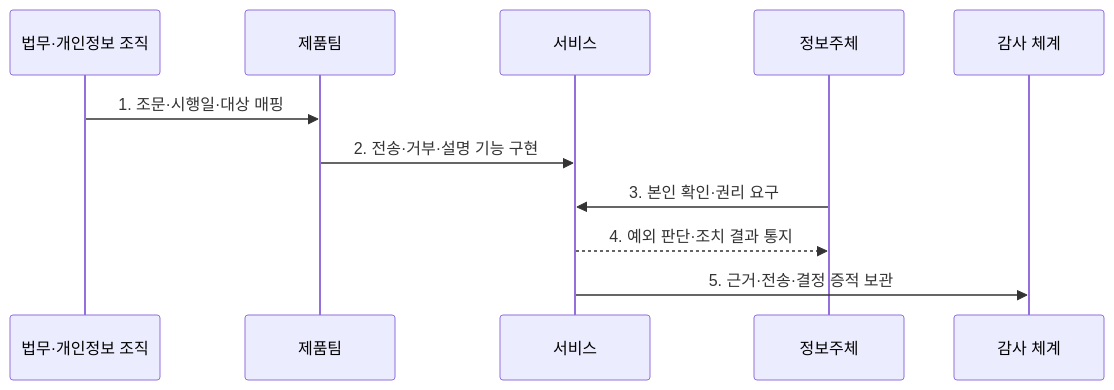
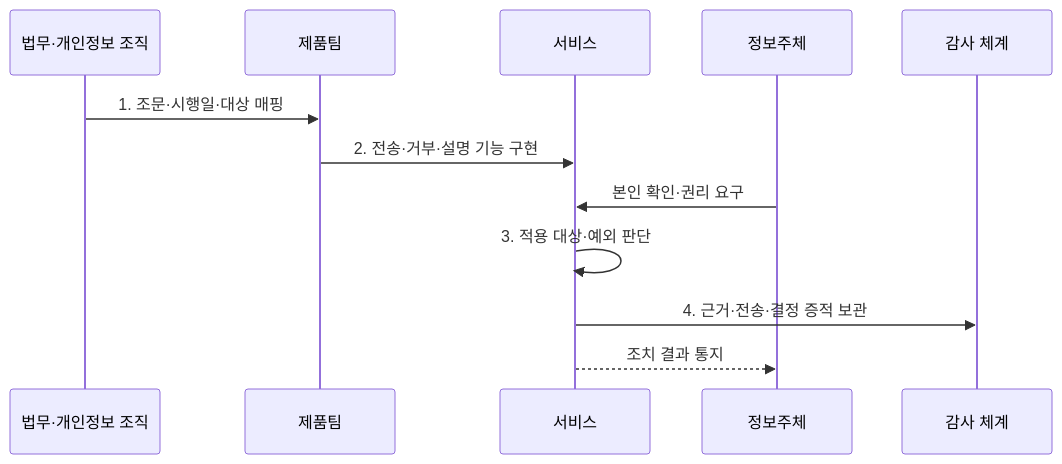
The second of 2 diagrams in src/content/docs/notes/05-security/095_pipa_2023_amendment.md (agnusdei1207/knowledge-base), drawn with Mermaid before and after one commit. The commit also changed other lines of this file and 20 other files, not shown here.

````diff
--- a/src/content/docs/notes/05-security/095_pipa_2023_amendment.md
+++ b/src/content/docs/notes/05-security/095_pipa_2023_amendment.md
@@ -84,13 +84,14 @@
 ```mermaid
 sequenceDiagram
     participant L as 법무·개인정보 조직
     participant P as 제품팀
     participant S as 서비스
     participant U as 정보주체
     participant A as 감사 체계
     L->>P: 1. 조문·시행일·대상 매핑
     P->>S: 2. 전송·거부·설명 기능 구현
-    U->>S: 3. 본인 확인·권리 요구
-    S-->>U: 4. 예외 판단·조치 결과 통지
-    S->>A: 5. 근거·전송·결정 증적 보관
+    U->>S: 본인 확인·권리 요구
+    S->>S: 3. 적용 대상·예외 판단
+    S->>A: 4. 근거·전송·결정 증적 보관
+    S-->>U: 조치 결과 통지
 ```
````
